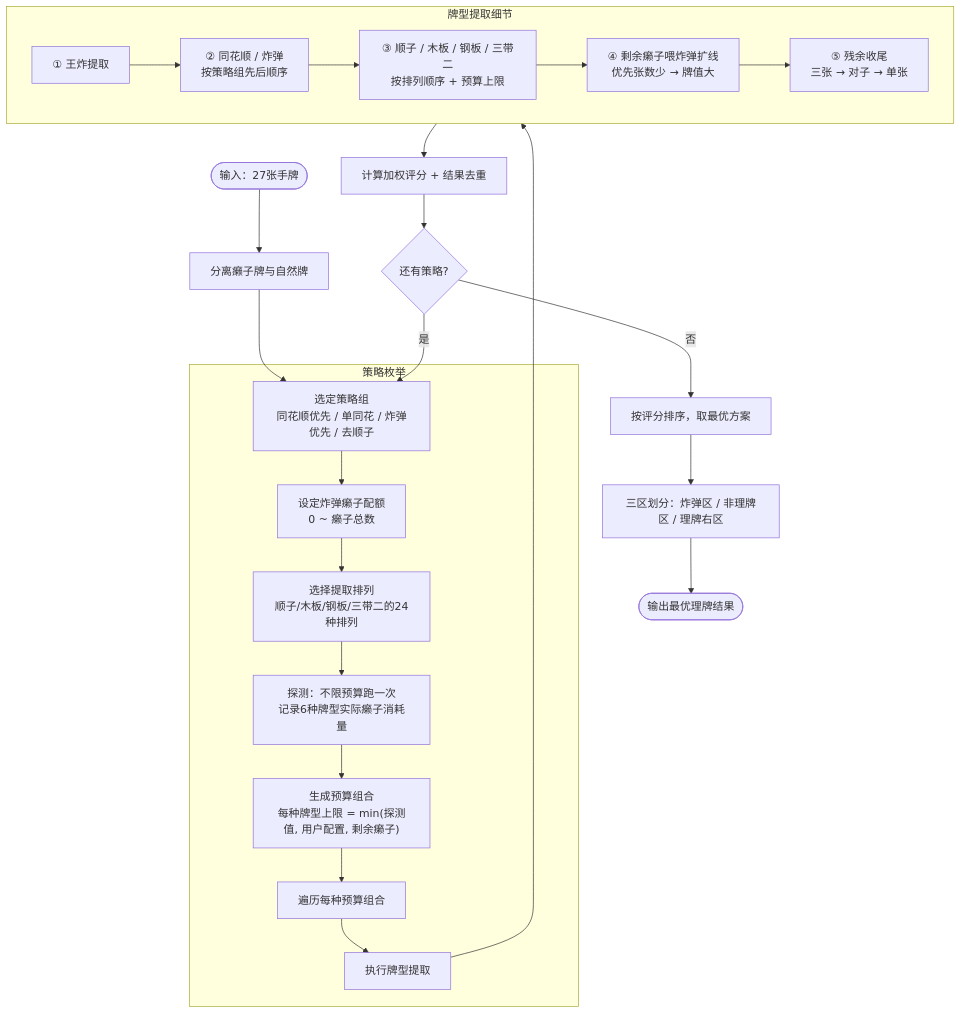
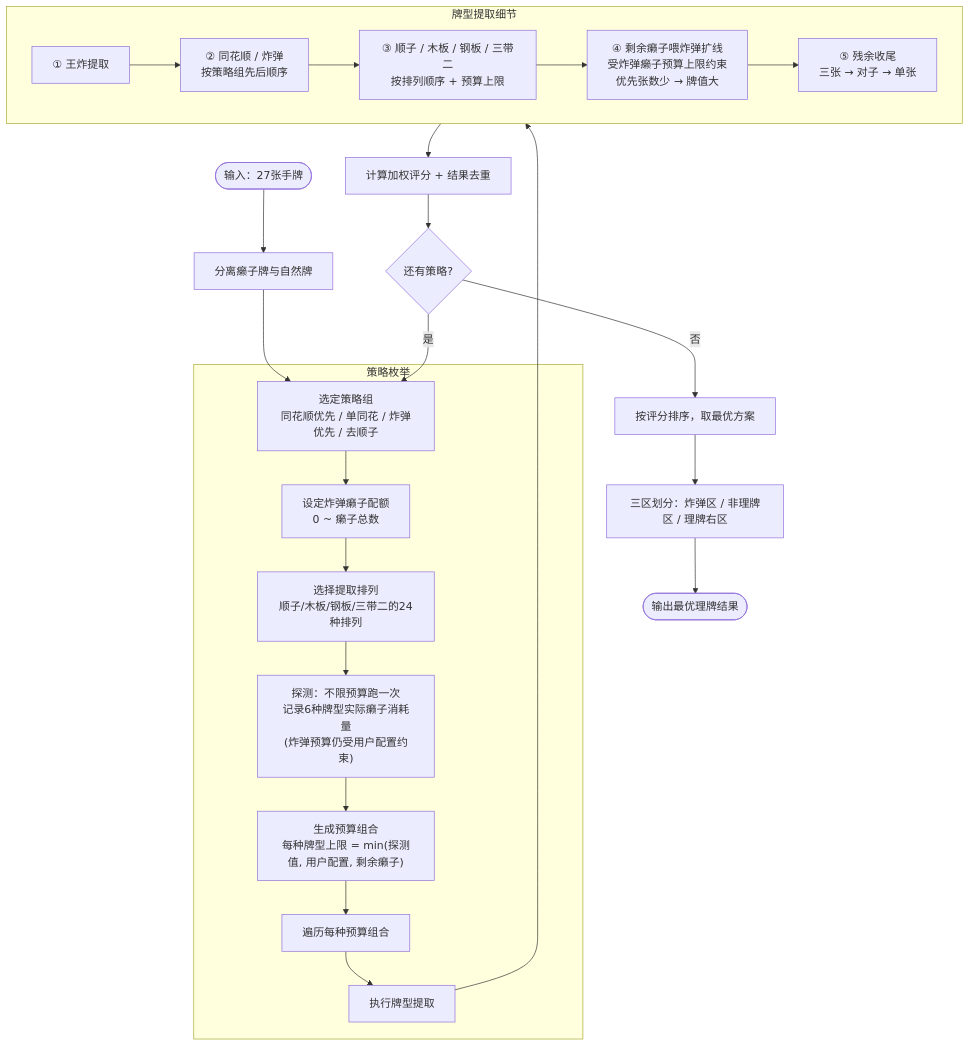
One commit to zhengshuai021-rgb/guandan8laizi changed the diagram in flow.mmd. Above: the diagram before and after it, drawn with Mermaid.

Commit message:
docs: 同步 flow.mmd 两处预算约束表述
- 探测步骤补充「炸弹预算仍受用户配置约束」
- 剩余癞子喂炸弹扩线补充「受炸弹癞子预算上限约束」

```diff
--- a/flow.mmd
+++ b/flow.mmd
@@ -1,28 +1,28 @@
 flowchart TB
     Start(["输入：27张手牌"]) --> Split["分离癞子牌与自然牌"]
     Split --> Begin
 
     subgraph Main["策略枚举"]
         Begin["选定策略组<br/>同花顺优先 / 单同花 / 炸弹优先 / 去顺子"]
         Begin --> BombQ["设定炸弹癞子配额<br/>0 ~ 癞子总数"]
         BombQ --> Order["选择提取排列<br/>顺子/木板/钢板/三带二的24种排列"]
-        Order --> Probe["探测：不限预算跑一次<br/>记录6种牌型实际癞子消耗量"]
+        Order --> Probe["探测：不限预算跑一次<br/>记录6种牌型实际癞子消耗量<br/>(炸弹预算仍受用户配置约束)"]
         Probe --> GenBud["生成预算组合<br/>每种牌型上限 = min(探测值, 用户配置, 剩余癞子)"]
         GenBud --> Budget["遍历每种预算组合"]
         Budget --> Extract["执行牌型提取"]
     end
 
     subgraph ExtractDetail["牌型提取细节"]
         E1["① 王炸提取"] --> E2["② 同花顺 / 炸弹<br/>按策略组先后顺序"]
         E2 --> E3["③ 顺子 / 木板 / 钢板 / 三带二<br/>按排列顺序 + 预算上限"]
-        E3 --> E4["④ 剩余癞子喂炸弹扩线<br/>优先张数少 → 牌值大"]
+        E3 --> E4["④ 剩余癞子喂炸弹扩线<br/>受炸弹癞子预算上限约束<br/>优先张数少 → 牌值大"]
         E4 --> E5["⑤ 残余收尾<br/>三张 → 对子 → 单张"]
     end
 
     Extract --> ExtractDetail
     ExtractDetail --> Score["计算加权评分 + 结果去重"]
     Score --> More{还有策略?}
     More -->|是| Begin
     More -->|否| Rank["按评分排序，取最优方案"]
     Rank --> Partition["三区划分：炸弹区 / 非理牌区 / 理牌右区"]
     Partition --> Output(["输出最优理牌结果"])
```
